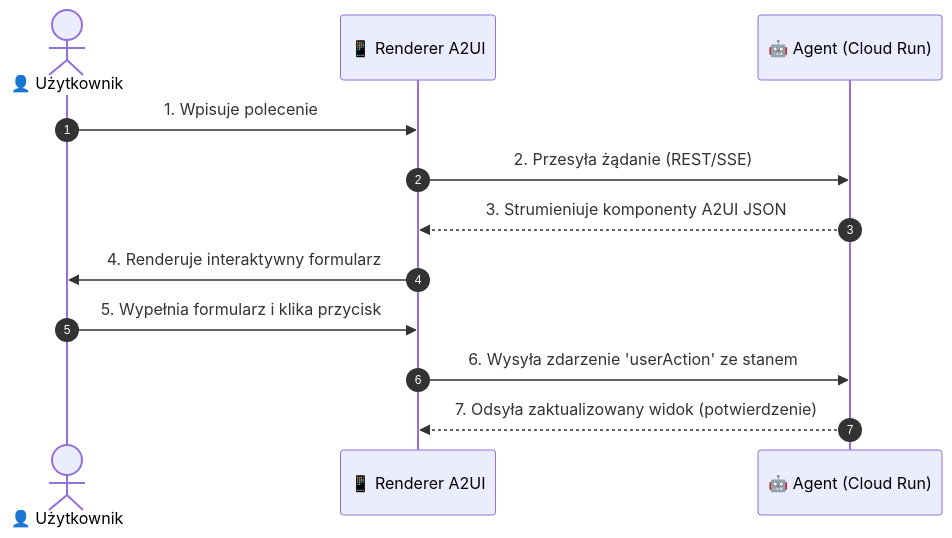
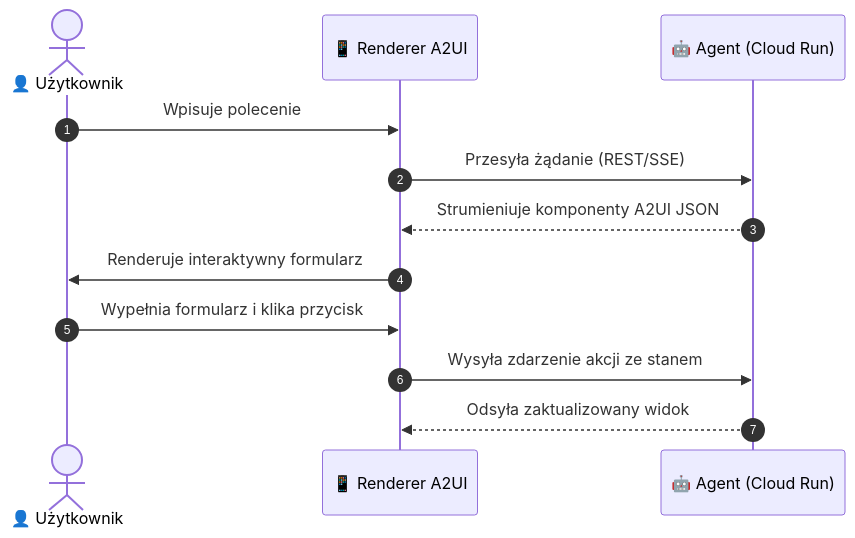
The diagram in docs/public/gcp-course/02-a2ui-protocol.md (majsterkovic/a2ui), drawn with Mermaid before and after one commit. The commit also changed other lines of this file and 8 other files, not shown here.

````diff
--- a/docs/public/gcp-course/02-a2ui-protocol.md
+++ b/docs/public/gcp-course/02-a2ui-protocol.md
@@ -24,15 +24,15 @@
 ```mermaid
 sequenceDiagram
     autonumber
     actor U as 👤 Użytkownik
     participant R as 📱 Renderer A2UI
     participant A as 🤖 Agent (Cloud Run)
 
-    U->>R: 1. Wpisuje polecenie
-    R->>A: 2. Przesyła żądanie (REST/SSE)
-    A-->>R: 3. Strumieniuje komponenty A2UI JSON
-    R->>U: 4. Renderuje interaktywny formularz
-    U->>R: 5. Wypełnia formularz i klika przycisk
-    R->>A: 6. Wysyła zdarzenie 'userAction' ze stanem
-    A-->>R: 7. Odsyła zaktualizowany widok (potwierdzenie)
+    U->>R: Wpisuje polecenie
+    R->>A: Przesyła żądanie (REST/SSE)
+    A-->>R: Strumieniuje komponenty A2UI JSON
+    R->>U: Renderuje interaktywny formularz
+    U->>R: Wypełnia formularz i klika przycisk
+    R->>A: Wysyła zdarzenie akcji ze stanem
+    A-->>R: Odsyła zaktualizowany widok
 ```
````
